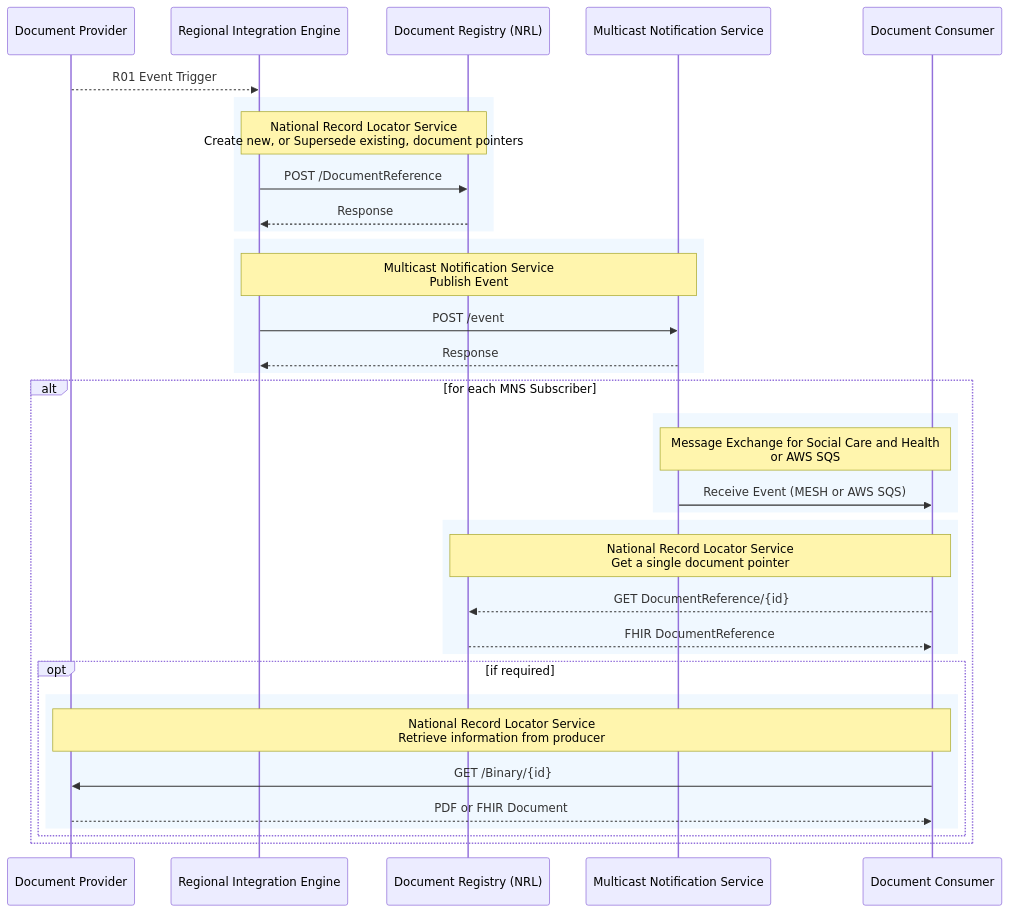
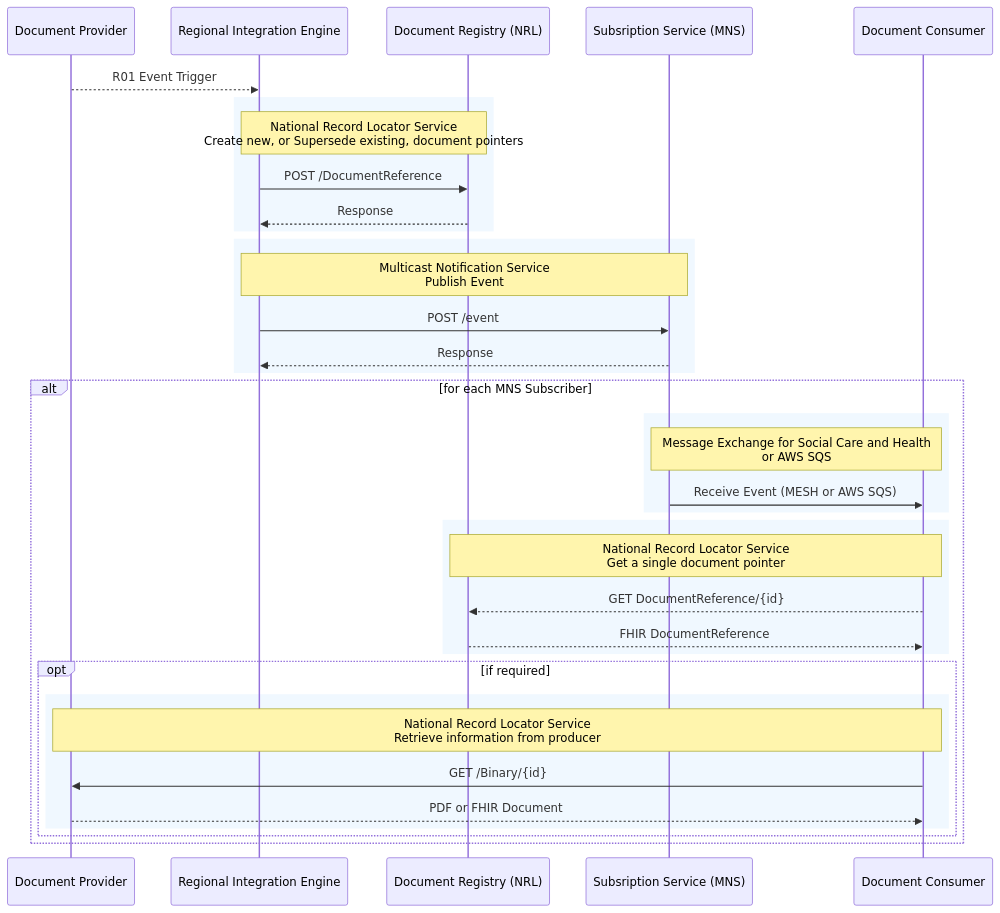
The sixth of 7 diagrams in input/pagecontent/MHD.md (nw-gmsa/nw-gmsa.github.com), drawn with Mermaid before and after one commit. The commit also changed other lines of this file, not shown here.

````diff
--- a/input/pagecontent/MHD.md
+++ b/input/pagecontent/MHD.md
@@ -202,44 +202,43 @@
 ```mermaid
 sequenceDiagram
 
 participant gdp as Document Provider
 participant RIE as Regional Integration Engine
 participant nrl as Document Registry (NRL)
-participant mns as Multicast Notification Service
+participant mns as Subsription Service (MNS)
 participant consumer as Document Consumer
 
 
 gdp -->> RIE: R01 Event Trigger
 
 rect rgb(240, 248, 255)
     Note over RIE,nrl:National Record Locator Service<br/>Create new, or Supersede existing, document pointers
     RIE ->> nrl: POST /DocumentReference
     nrl -->> RIE: Response
 end 
 
 rect rgb(240, 248, 255)
     Note over RIE,mns:Multicast Notification Service<br/>Publish Event
     RIE ->> mns: POST /event 
     mns -->> RIE: Response
 end    
     alt for each MNS Subscriber
         rect rgb(240, 248, 255)
         Note over mns,consumer:Message Exchange for Social Care and Health<br/>or AWS SQS
         mns ->> consumer: Receive Event (MESH or AWS SQS)
         end
         rect rgb(240, 248, 255)
             Note over nrl,consumer:National Record Locator Service<br/>Get a single document pointer
             consumer -->> nrl: GET DocumentReference/{id}
             nrl -->> consumer: FHIR DocumentReference
         end
  
 opt if required
     rect rgb(240, 248, 255)
         Note over gdp,consumer:National Record Locator Service<br/>Retrieve information from producer
         consumer ->> gdp: GET /Binary/{id} 
         gdp -->> consumer: PDF or FHIR Document
     end
 end 
 end
-
 ```
````
